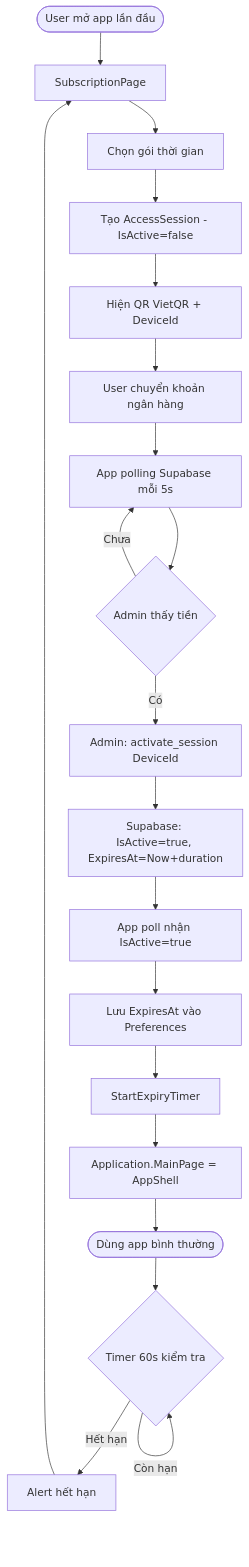
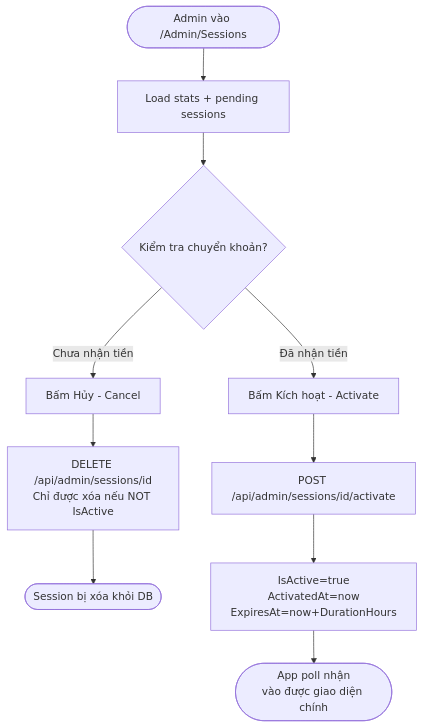
One commit to MTai55/TourguideProjectApp changed diagram 19 of 22 in PRD.md. Above: the diagram before and after it, drawn with Mermaid. The commit also changed other lines of this file and 2 other files, not shown here.

````diff
--- a/PRD.md
+++ b/PRD.md
@@ -1491,22 +1891,12 @@
 ```mermaid
 flowchart TD
-    A([User mở app lần đầu]) --> B[SubscriptionPage]
-    B --> C[Chọn gói thời gian]
-    C --> D[Tạo AccessSession - IsActive=false]
-    D --> E[Hiện QR VietQR + DeviceId]
-    E --> F[User chuyển khoản ngân hàng]
-    F --> G[App polling Supabase mỗi 5s]
-    G --> H{Admin thấy tiền}
-    H -->|Chưa| G
-    H -->|Có| I[Admin: activate_session DeviceId]
-    I --> J[Supabase: IsActive=true, ExpiresAt=Now+duration]
-    J --> K[App poll nhận IsActive=true]
-    K --> L[Lưu ExpiresAt vào Preferences]
-    L --> LA[StartExpiryTimer]
-    LA --> M[Application.MainPage = AppShell]
-    M --> N([Dùng app bình thường])
-    N --> O{Timer 60s kiểm tra}
-    O -->|Còn hạn| O
-    O -->|Hết hạn| P[Alert hết hạn]
-    P --> B
+    A([Admin vào /Admin/Sessions]) --> B[Load stats + pending sessions]
+    B --> C{Kiểm tra chuyển khoản?}
+    C -->|Chưa nhận tiền| D[Bấm Hủy - Cancel]
+    D --> E[DELETE /api/admin/sessions/id\nChỉ được xóa nếu NOT IsActive]
+    E --> F([Session bị xóa khỏi DB])
+    C -->|Đã nhận tiền| G[Bấm Kích hoạt - Activate]
+    G --> H[POST /api/admin/sessions/id/activate]
+    H --> I[IsActive=true\nActivatedAt=now\nExpiresAt=now+DurationHours]
+    I --> J([App poll nhận\nvào được giao diện chính])
 ```
````
